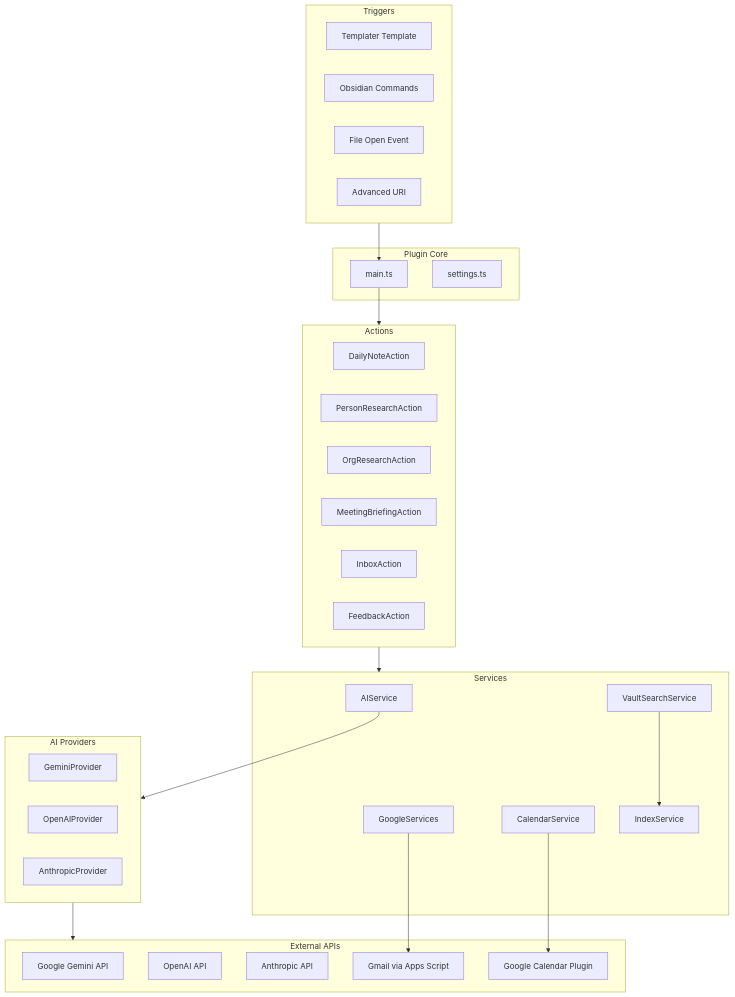
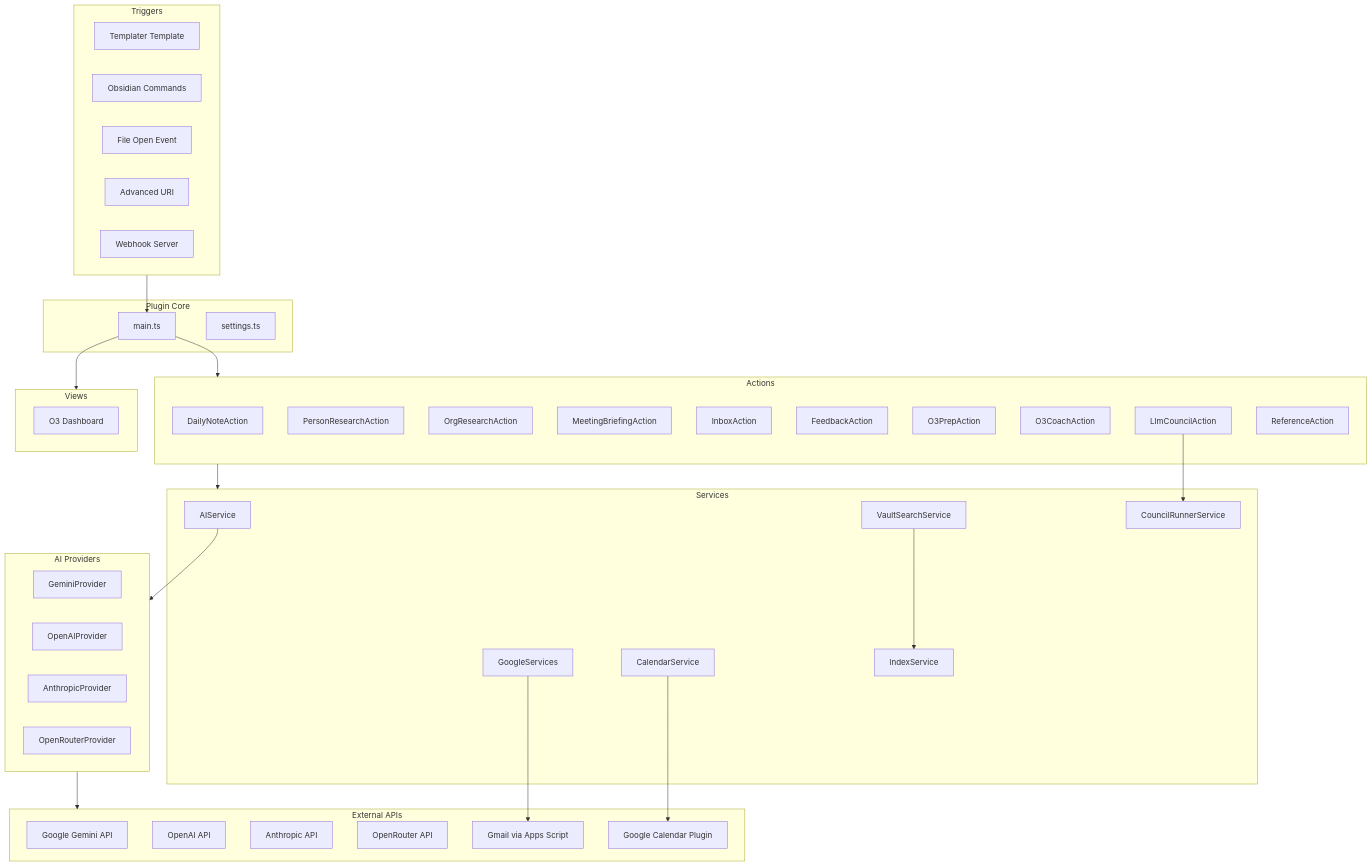
Before and after one commit to maximilianwuehr-afk/getshitdone: the diagram in README.md, drawn with Mermaid. The commit also changed other lines of this file and 1 other file, not shown here.

````diff
--- a/README.md
+++ b/README.md
@@ -42,54 +57,68 @@
 ```mermaid
 flowchart TD
     subgraph triggers [Triggers]
         Templater[Templater Template]
         Command[Obsidian Commands]
         FileOpen[File Open Event]
         AdvURI[Advanced URI]
+        Webhook[Webhook Server]
     end
-    
+
     subgraph plugin [Plugin Core]
         Main[main.ts]
         Settings[settings.ts]
     end
-    
+
     subgraph actions [Actions]
         DailyNote[DailyNoteAction]
         PersonRes[PersonResearchAction]
         OrgRes[OrgResearchAction]
         Briefing[MeetingBriefingAction]
         Inbox[InboxAction]
         Feedback[FeedbackAction]
+        O3Prep[O3PrepAction]
+        O3Coach[O3CoachAction]
+        LlmCouncil[LlmCouncilAction]
+        Reference[ReferenceAction]
     end
-    
+
+    subgraph views [Views]
+        O3Dashboard[O3 Dashboard]
+    end
+
     subgraph services [Services]
         AIService[AIService]
         Google[GoogleServices]
         Calendar[CalendarService]
         VaultSearch[VaultSearchService]
         Index[IndexService]
+        CouncilRunner[CouncilRunnerService]
     end
-    
+
     subgraph providers [AI Providers]
         Gemini[GeminiProvider]
         OpenAI[OpenAIProvider]
         Anthropic[AnthropicProvider]
+        OpenRouter[OpenRouterProvider]
     end
-    
+
     subgraph external [External APIs]
         GeminiAPI[Google Gemini API]
         OpenAIAPI[OpenAI API]
         AnthropicAPI[Anthropic API]
+        OpenRouterAPI[OpenRouter API]
         Gmail[Gmail via Apps Script]
         CalendarAPI[Google Calendar Plugin]
     end
-    
+
     triggers --> Main
     Main --> actions
+    Main --> views
     actions --> services
     AIService --> providers
     providers --> external
     Google --> Gmail
     Calendar --> CalendarAPI
     VaultSearch --> Index
+    LlmCouncil --> CouncilRunner
 ```
````
